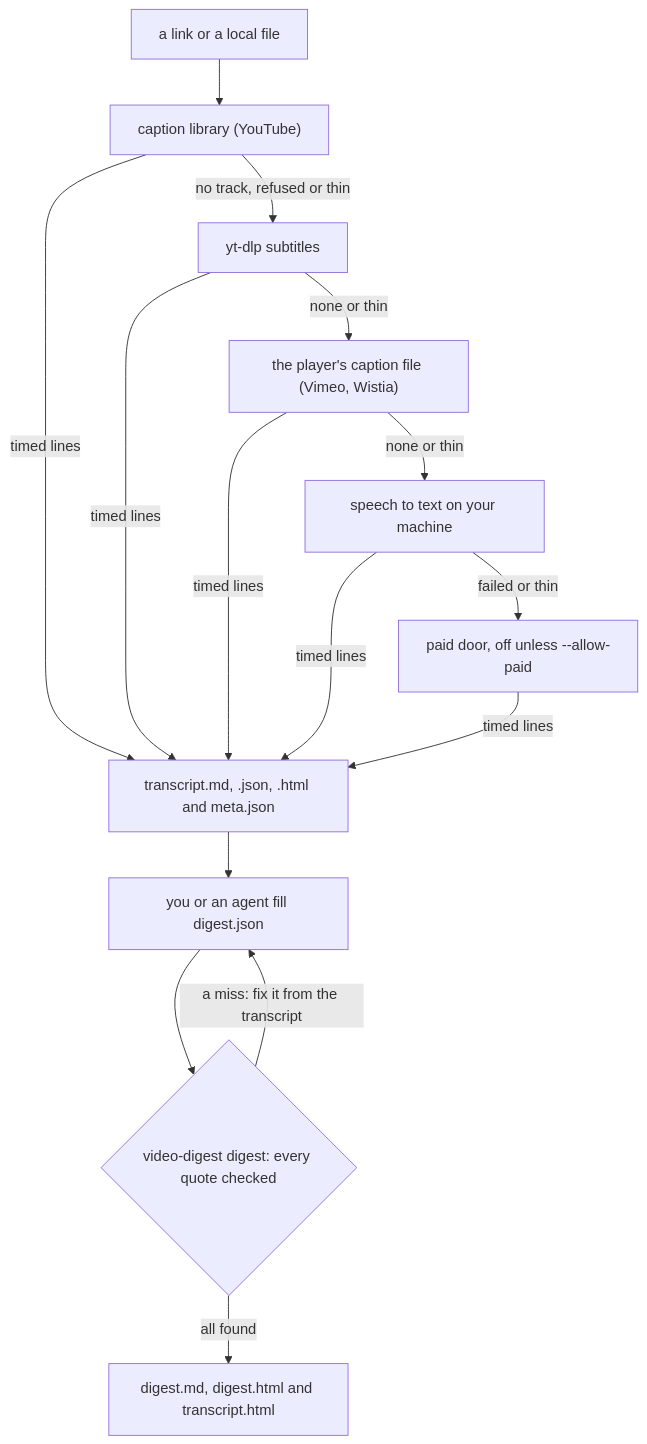
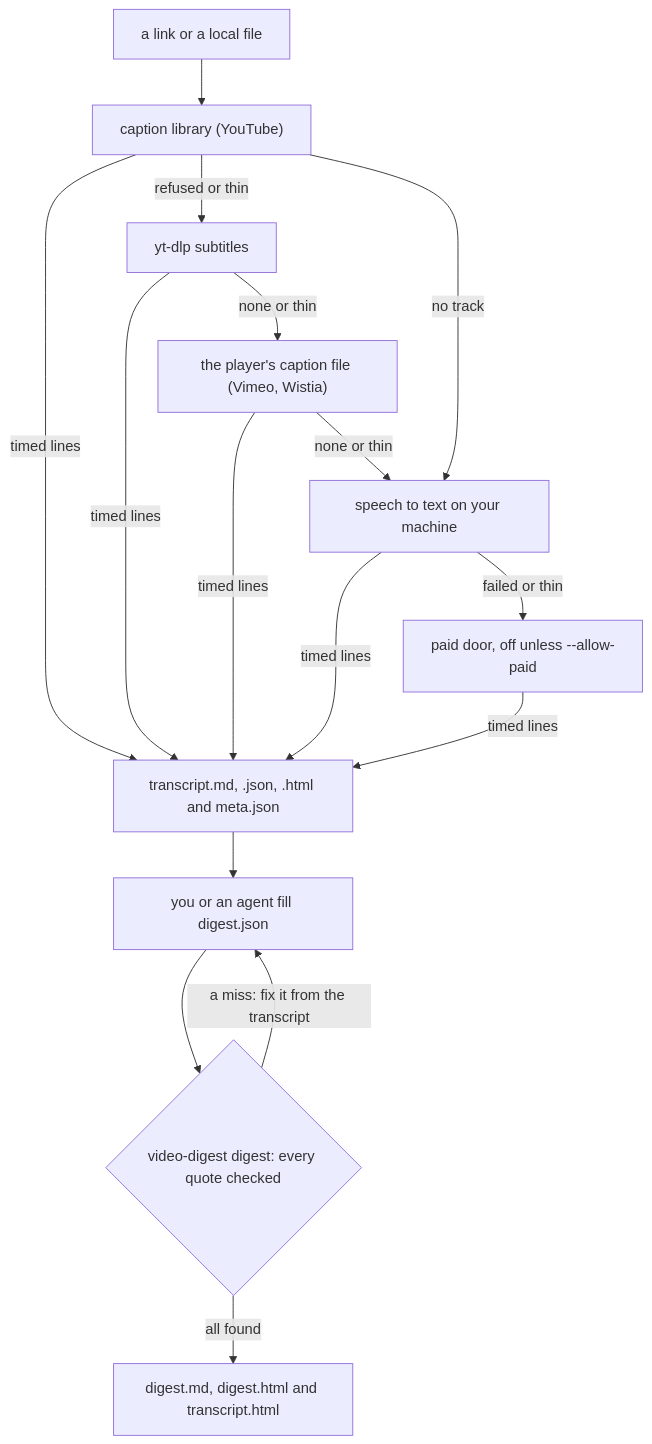
Before and after one commit to RobBrautigam/video-digest: the diagram in README.md, drawn with Mermaid. The commit also changed other lines of this file and 1 other file, not shown here.

````diff
--- a/README.md
+++ b/README.md
@@ -128,13 +128,14 @@
 ```mermaid
 flowchart TD
     S["a link or a local file"] --> Y["caption library (YouTube)"]
-    Y -->|"no track, refused or thin"| D["yt-dlp subtitles"]
+    Y -->|"refused or thin"| D["yt-dlp subtitles"]
     D -->|"none or thin"| P["the player's caption file (Vimeo, Wistia)"]
     P -->|"none or thin"| W["speech to text on your machine"]
+    Y -->|"no track"| W
     W -->|"failed or thin"| X["paid door, off unless --allow-paid"]
     Y & D & P & W & X -->|"timed lines"| T["transcript.md, .json, .html and meta.json"]
     T --> G["you or an agent fill digest.json"]
     G --> C{"video-digest digest: every quote checked"}
     C -->|"a miss: fix it from the transcript"| G
     C -->|"all found"| H["digest.md, digest.html and transcript.html"]
 ```
````
